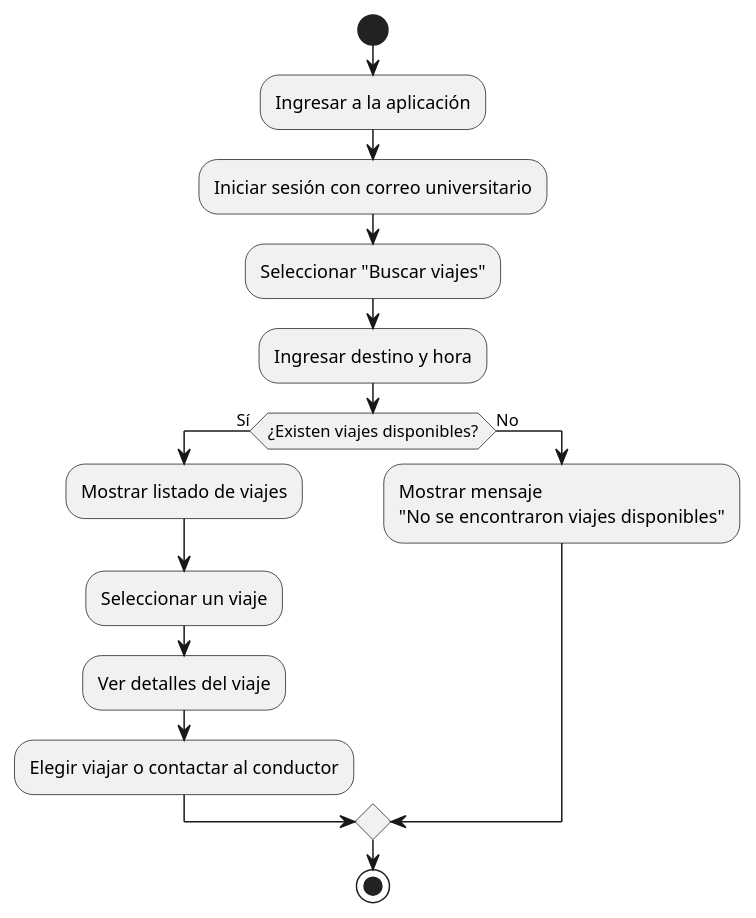
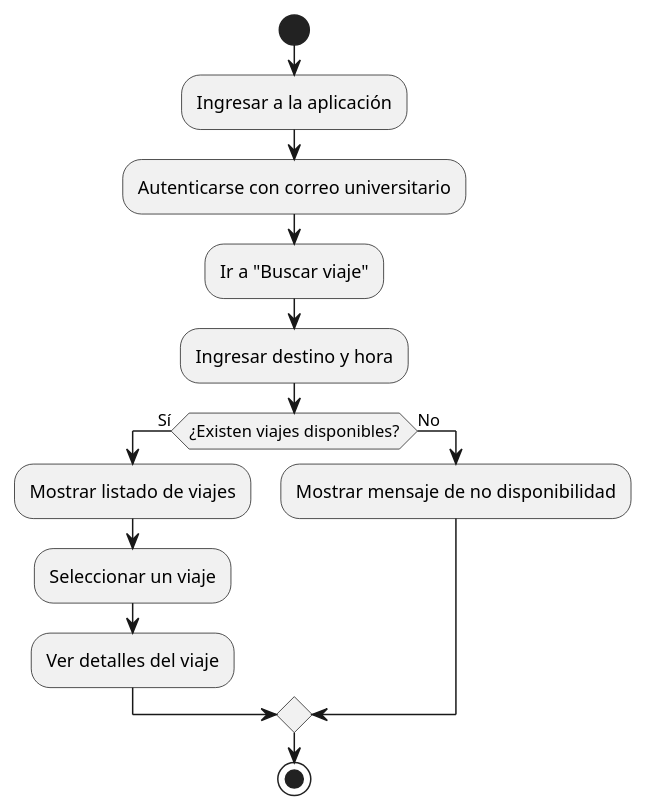
One commit to Richard-suv/UML-PROYECTO changed the diagram in Diagrama2.puml. Above: the diagram before and after it, drawn with PlantUML. The commit also changed 10 other files, not shown here.

```diff
--- a/Diagrama2.puml
+++ b/Diagrama2.puml
@@ -1,16 +1,17 @@
 @startuml
 start
 :Ingresar a la aplicación;
-:Iniciar sesión con correo universitario;
-:Seleccionar "Buscar viajes";
+:Autenticarse con correo universitario;
+:Ir a "Buscar viaje";
 :Ingresar destino y hora;
+
 if (¿Existen viajes disponibles?) then (Sí)
   :Mostrar listado de viajes;
   :Seleccionar un viaje;
   :Ver detalles del viaje;
-  :Elegir viajar o contactar al conductor;
 else (No)
-  :Mostrar mensaje\n"No se encontraron viajes disponibles";
+  :Mostrar mensaje de no disponibilidad;
 endif
+
 stop
 @enduml
```
